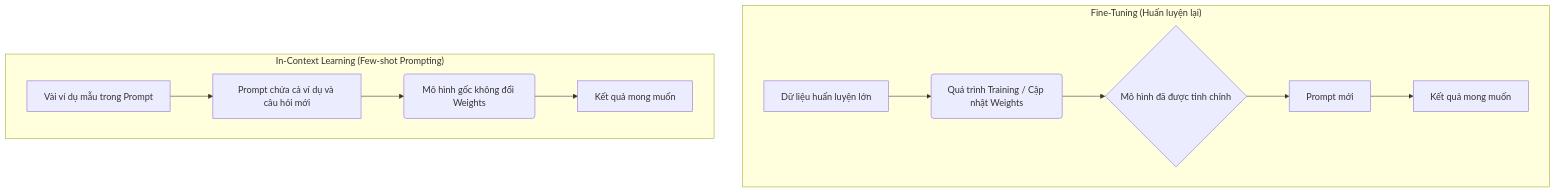
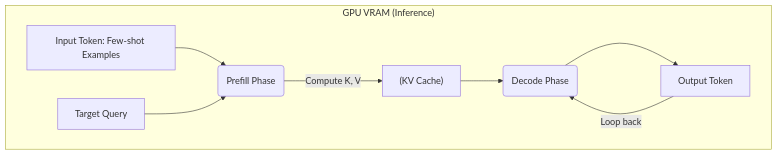
The first of 2 diagrams in src/content/docs/concepts/9-genai-machine-learning/few-shot.md (kythuatdulieu/kythuatdulieu.github.io), drawn with Mermaid before and after one commit. The commit also changed other lines of this file and 314 other files, not shown here.

````diff
--- a/src/content/docs/concepts/9-genai-machine-learning/few-shot.md
+++ b/src/content/docs/concepts/9-genai-machine-learning/few-shot.md
@@ -31,15 +29,11 @@
 ```mermaid
 graph TD
-    subgraph "Fine-Tuning (Huấn luyện lại)"
-        A["Dữ liệu huấn luyện lớn"] --> B("Quá trình Training / Cập nhật Weights")
-        B --> C{"Mô hình đã được tinh chỉnh"}
-        C --> D["Prompt mới"]
-        D --> E["Kết quả mong muốn"]
-    end
-
-    subgraph "In-Context Learning (Few-shot Prompting)"
-        F["Vài ví dụ mẫu trong Prompt"] --> G["Prompt chứa cả ví dụ và câu hỏi mới"]
-        G --> H("Mô hình gốc không đổi Weights")
-        H --> I["Kết quả mong muốn"]
+    subgraph "GPU VRAM (Inference)"
+        A["Input Token: Few-shot Examples"] --> B("Prefill Phase")
+        B -->|Compute K, V| C["(KV Cache)"]
+        D["Target Query"] --> B
+        C --> E("Decode Phase")
+        E --> F["Output Token"]
+        F -->|Loop back| E
     end
 ```
````
